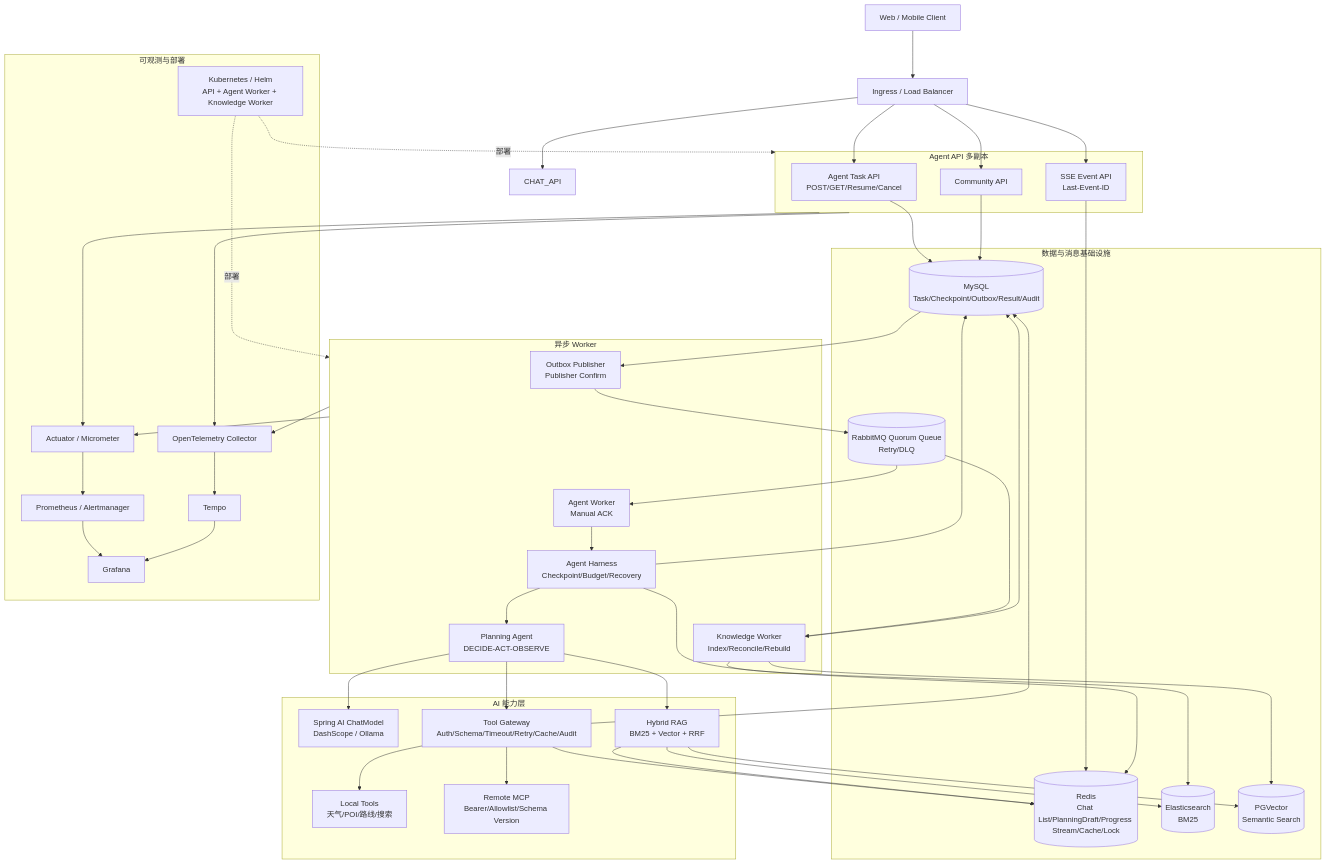
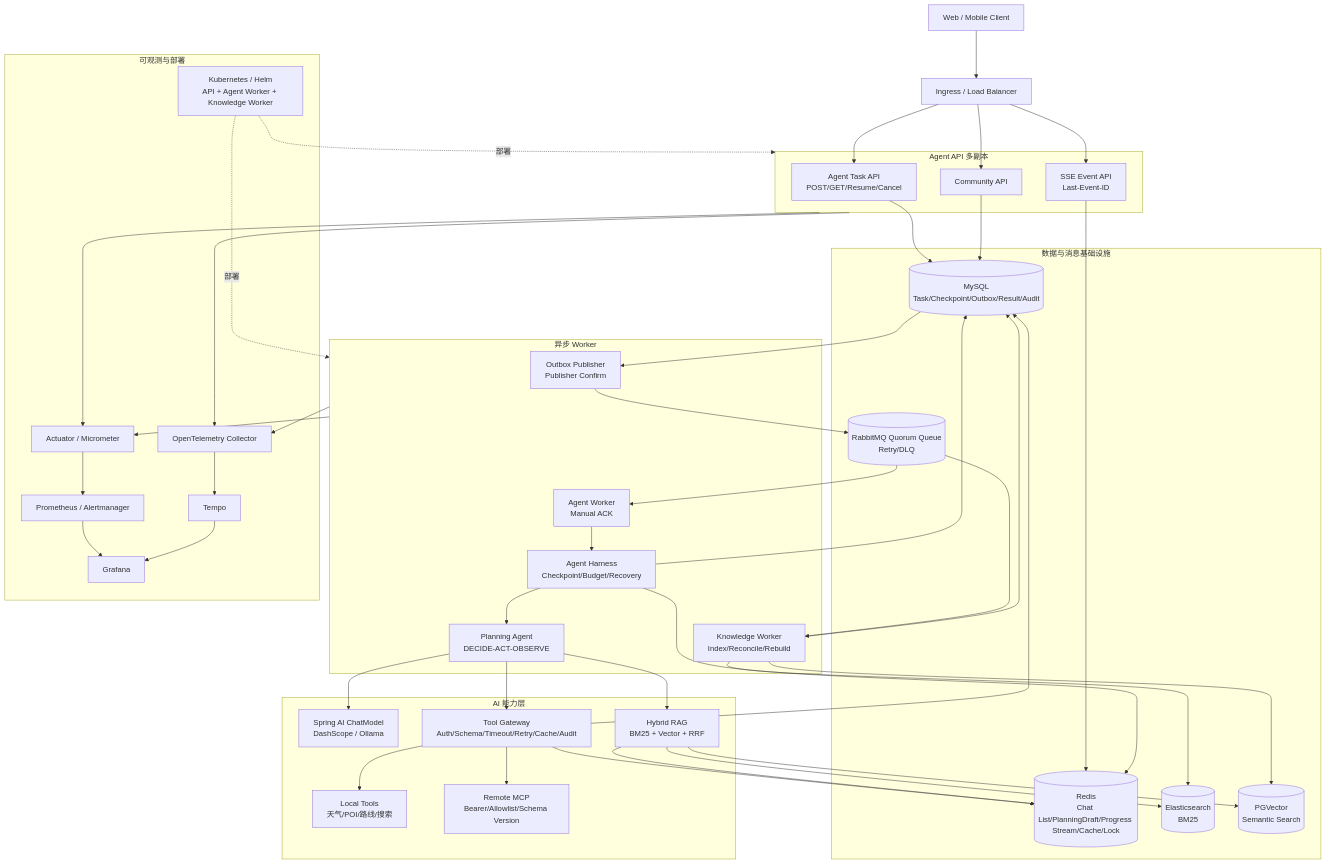
One commit to 37517968/TravelMind-AI changed the first of 3 diagrams in docs/architecture/CURRENT-PLATFORM-ARCHITECTURE.md. Above: the diagram before and after it, drawn with Mermaid. The commit also changed other lines of this file and 15 other files, not shown here.

```diff
--- a/docs/architecture/CURRENT-PLATFORM-ARCHITECTURE.md
+++ b/docs/architecture/CURRENT-PLATFORM-ARCHITECTURE.md
@@ -55,7 +55,6 @@
     CLIENT --> INGRESS
     INGRESS --> TASK_API
     INGRESS --> SSE_API
-    INGRESS --> CHAT_API
     INGRESS --> COMMUNITY_API
 
     TASK_API --> MYSQL
```
